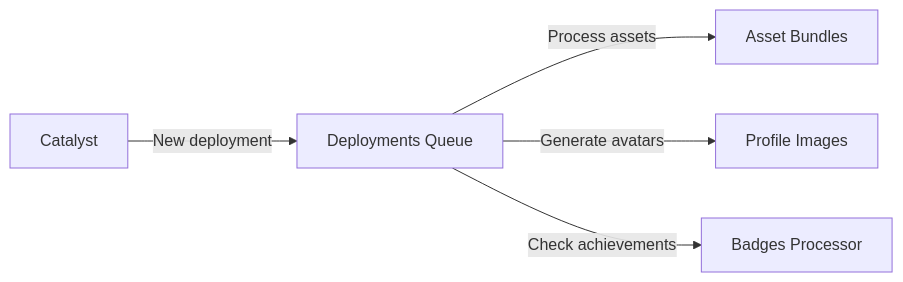
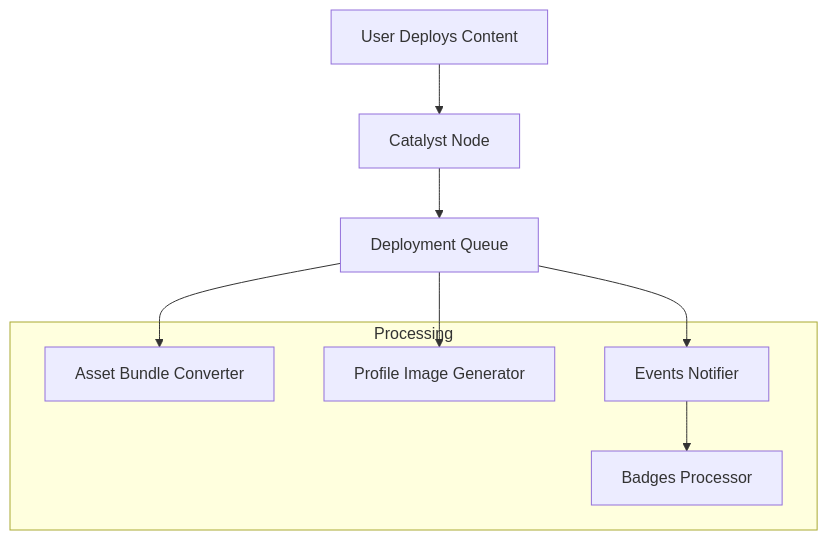
One commit to drkrillo/docs changed the second of 2 diagrams in contributor/architecture/services.md. Above: the diagram before and after it, drawn with Mermaid. The commit also changed other lines of this file and 1 other file, not shown here.

````diff
--- a/contributor/architecture/services.md
+++ b/contributor/architecture/services.md
@@ -332,13 +461,20 @@
 ```mermaid
-flowchart LR
-    Catalyst[Catalyst]
-    Queue[Deployments Queue]
-    AB[Asset Bundles]
-    Profile[Profile Images]
-    Badges[Badges Processor]
+flowchart TB
+    Deploy[User Deploys Content]
+    Catalyst[Catalyst Node]
+    Queue[Deployment Queue]
     
-    Catalyst -->|New deployment| Queue
-    Queue -->|Process assets| AB
-    Queue -->|Generate avatars| Profile
-    Queue -->|Check achievements| Badges
+    subgraph Processing
+        AB[Asset Bundle Converter]
+        Profile[Profile Image Generator]
+        Badges[Badges Processor]
+        Events[Events Notifier]
+    end
+    
+    Deploy --> Catalyst
+    Catalyst --> Queue
+    Queue --> AB
+    Queue --> Profile
+    Queue --> Events
+    Events --> Badges
 ```
````
